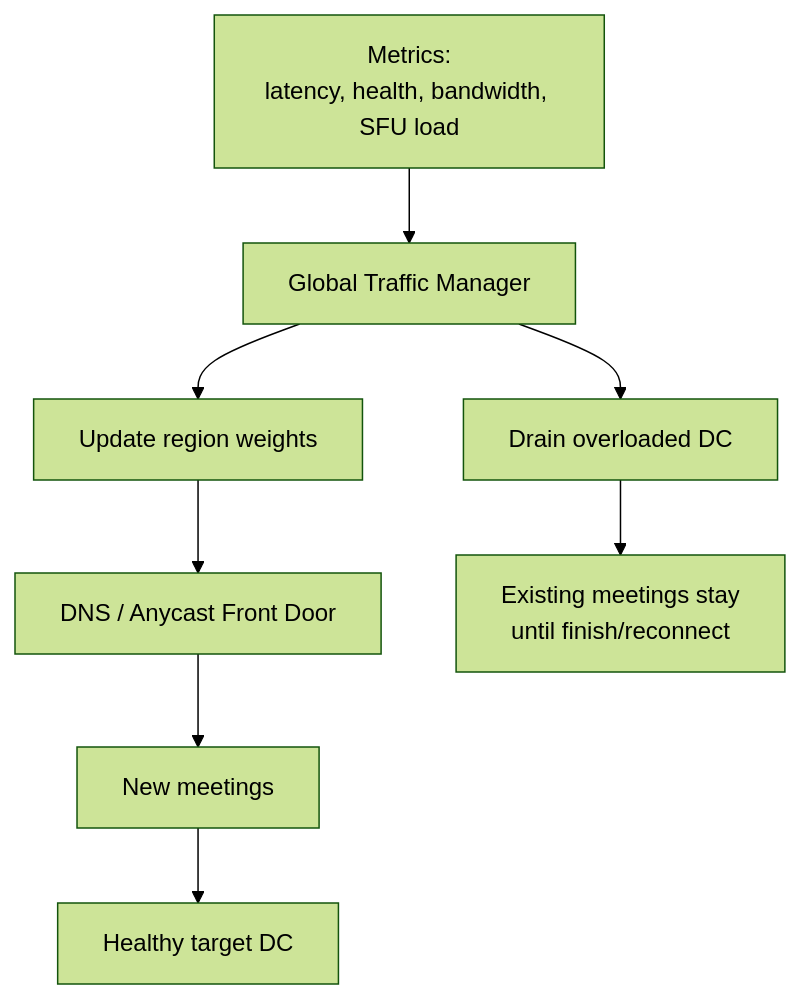
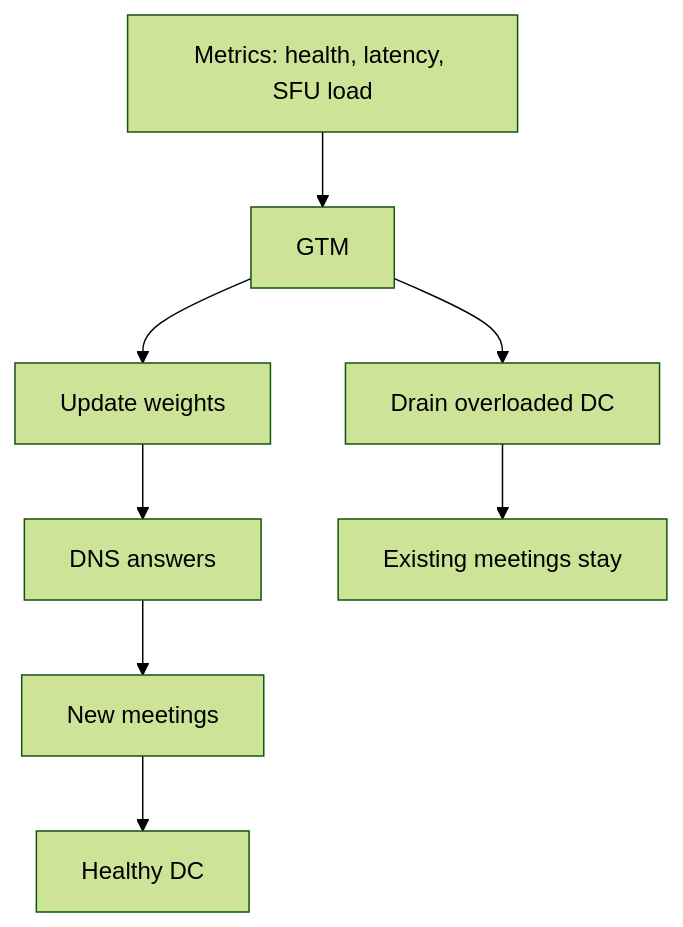
One commit to Danykrane/system_design changed the fourth of 4 diagrams in README.md. Above: the diagram before and after it, drawn with Mermaid (forest theme). The commit also changed other lines of this file and 1 other file, not shown here.

````diff
--- a/README.md
+++ b/README.md
@@ -389,11 +357,10 @@
 ```mermaid
 flowchart TD
-    M["Metrics:<br/>latency, health, bandwidth, SFU load"] --> GTM["Global Traffic Manager"]
-    GTM --> W["Update region weights"]
-    W --> DNS["DNS / Anycast Front Door"]
+    M["Metrics: health, latency, SFU load"] --> GTM["GTM"]
+    GTM --> W["Update weights"]
+    W --> DNS["DNS answers"]
     DNS --> NEW["New meetings"]
-    NEW --> DC1["Healthy target DC"]
-
+    NEW --> DC["Healthy DC"]
     GTM --> DRAIN["Drain overloaded DC"]
-    DRAIN --> OLD["Existing meetings stay<br/>until finish/reconnect"]
+    DRAIN --> OLD["Existing meetings stay"]
 ```
````
